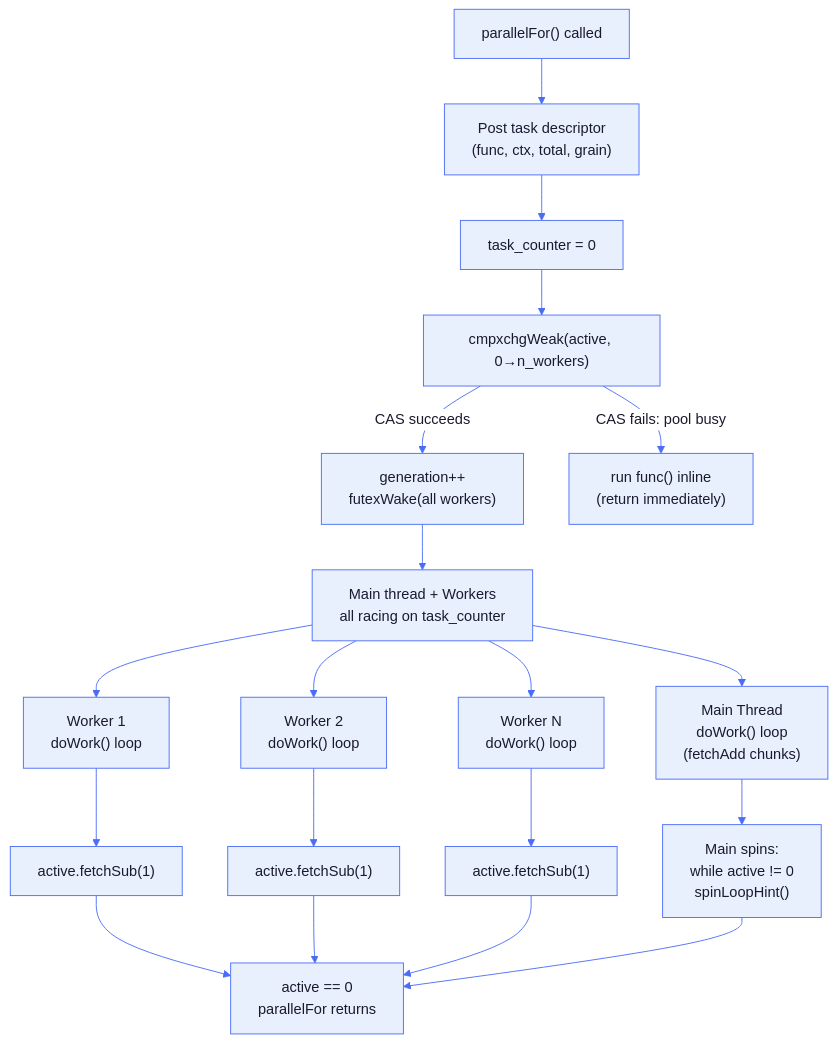
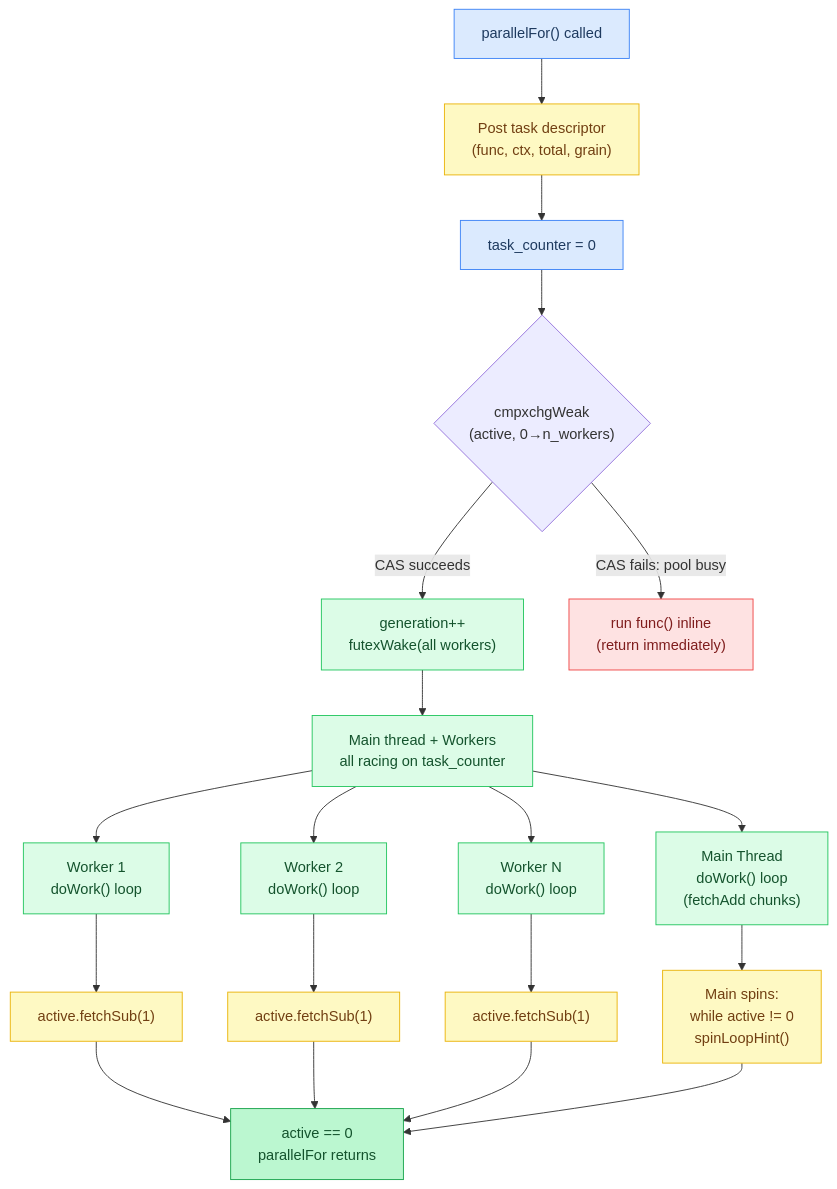
One commit to maci0/agave changed the third of 7 diagrams in docs/tutorial/12-cpu-parallelism.md. Above: the diagram before and after it, drawn with Mermaid. The commit also changed other lines of this file and 24 other files, not shown here.

First line of the commit message:
docs: convert all mermaid diagrams to classDef semantic colors

````diff
--- a/docs/tutorial/12-cpu-parallelism.md
+++ b/docs/tutorial/12-cpu-parallelism.md
@@ -176,38 +176,47 @@
 ```mermaid
-%%{init: {'theme': 'base', 'themeVariables': {
-  'primaryColor': '#e8f0fe',
-  'primaryTextColor': '#1a1a2e',
-  'primaryBorderColor': '#4a6cf7',
-  'lineColor': '#4a6cf7',
-  'secondaryColor': '#f0f4ff',
-  'tertiaryColor': '#f8f9ff',
-  'edgeLabelBackground': '#ffffff',
-  'clusterBkg': '#f0f4ff',
-  'clusterBorder': '#4a6cf7',
-  'titleColor': '#1a1a2e',
-  'nodeTextColor': '#1a1a2e',
-  'fontFamily': 'ui-monospace, SFMono-Regular, monospace'
-}}}%%
 flowchart TD
-    Start["parallelFor() called"] --> Post["Post task descriptor\n(func, ctx, total, grain)"]
-    Post --> Reset["task_counter = 0"]
-    Reset --> CAS["cmpxchgWeak(active, 0→n_workers)"]
-    CAS -->|CAS succeeds| Wake["generation++\nfutexWake(all workers)"]
-    CAS -->|CAS fails: pool busy| Inline["run func() inline\n(return immediately)"]
-    Wake --> Split["Main thread + Workers\nall racing on task_counter"]
+    classDef setup     fill:#dbeafe,stroke:#3b82f6,color:#1e3a5f
+    classDef sync      fill:#dcfce7,stroke:#22c55e,color:#14532d
+    classDef migration fill:#fef9c3,stroke:#eab308,color:#713f12
+    classDef success   fill:#bbf7d0,stroke:#16a34a,color:#14532d
+    classDef danger    fill:#fee2e2,stroke:#ef4444,color:#7f1d1d
+    classDef optional  fill:#f3e8ff,stroke:#9333ea,color:#581c87
 
-    Split --> Main["Main Thread\ndoWork() loop\n(fetchAdd chunks)"]
-    Split --> W1["Worker 1\ndoWork() loop"]
-    Split --> W2["Worker 2\ndoWork() loop"]
-    Split --> Wn["Worker N\ndoWork() loop"]
+    Start["parallelFor() called"]:::setup
+    Post["Post task descriptor\n(func, ctx, total, grain)"]:::migration
+    Reset["task_counter = 0"]:::setup
+    Wake["generation++\nfutexWake(all workers)"]:::sync
+    Inline["run func() inline\n(return immediately)"]:::danger
+    Split["Main thread + Workers\nall racing on task_counter"]:::sync
+    Main["Main Thread\ndoWork() loop\n(fetchAdd chunks)"]:::sync
+    W1["Worker 1\ndoWork() loop"]:::sync
+    W2["Worker 2\ndoWork() loop"]:::sync
+    Wn["Worker N\ndoWork() loop"]:::sync
+    Spin["Main spins:\nwhile active != 0\n spinLoopHint()"]:::migration
+    Dec1["active.fetchSub(1)"]:::migration
+    Dec2["active.fetchSub(1)"]:::migration
+    DecN["active.fetchSub(1)"]:::migration
+    Done["active == 0\nparallelFor returns"]:::success
 
-    Main --> Spin["Main spins:\nwhile active != 0\n spinLoopHint()"]
-    W1 --> Dec1["active.fetchSub(1)"]
-    W2 --> Dec2["active.fetchSub(1)"]
-    Wn --> DecN["active.fetchSub(1)"]
+    Start --> Post
+    Post --> Reset
+    Reset --> CAS{"cmpxchgWeak\n(active, 0→n_workers)"}
+    CAS -->|CAS succeeds| Wake
+    CAS -->|CAS fails: pool busy| Inline
+    Wake --> Split
 
-    Dec1 --> Done["active == 0\nparallelFor returns"]
+    Split --> Main
+    Split --> W1
+    Split --> W2
+    Split --> Wn
+
+    Main --> Spin
+    W1 --> Dec1
+    W2 --> Dec2
+    Wn --> DecN
+
+    Dec1 --> Done
     Dec2 --> Done
     DecN --> Done
     Spin --> Done
 ```
````
